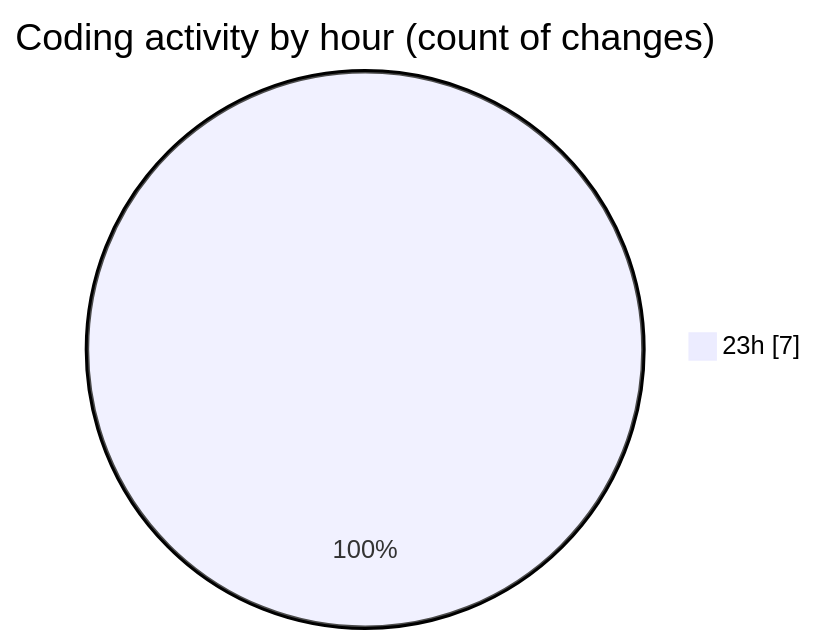
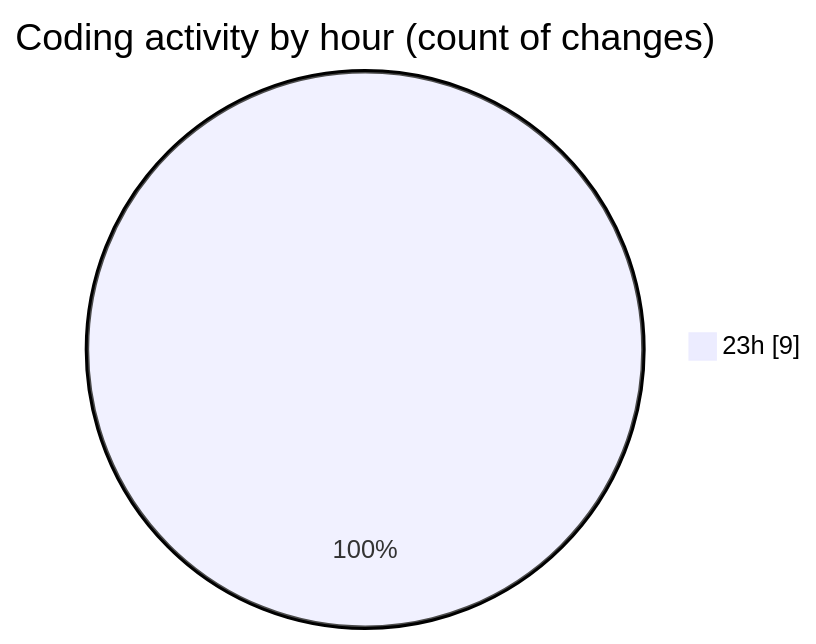
The second of 2 diagrams in 2025-02-26/drivers_app/README.md (donsfak/code-tracking), drawn with Mermaid before and after one commit. The commit also changed other lines of this file and 1 other file, not shown here.

````diff
--- a/2025-02-26/drivers_app/README.md
+++ b/2025-02-26/drivers_app/README.md
@@ -29,5 +29,5 @@
 ```mermaid
 pie showData
 title Coding activity by hour (count of changes)
-"23h" : 7
+"23h" : 9
 ```
````
